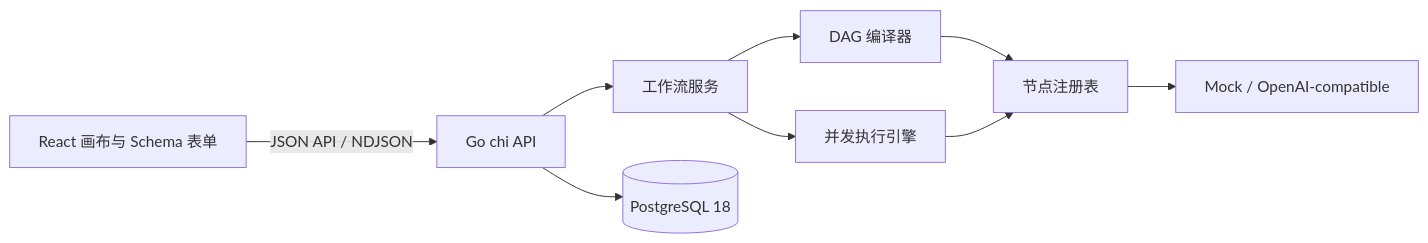
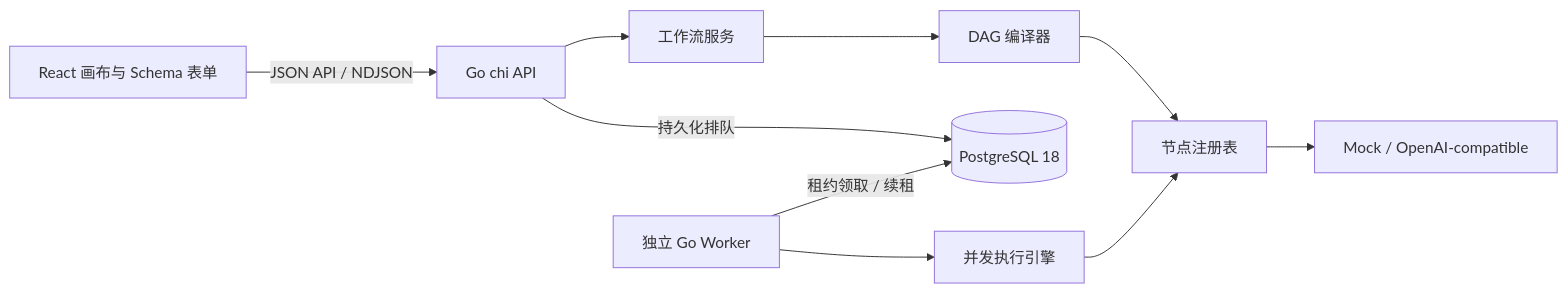
One commit to yyl1212/agent-studio changed the diagram in README.md. Above: the diagram before and after it, drawn with Mermaid. The commit also changed other lines of this file and 8 other files, not shown here.

````diff
--- a/README.md
+++ b/README.md
@@ -5,11 +5,12 @@
 ```mermaid
 flowchart LR
   B["React 画布与 Schema 表单"] -->|"JSON API / NDJSON"| A["Go chi API"]
   A --> S["工作流服务"]
   S --> C["DAG 编译器"]
-  S --> E["并发执行引擎"]
+  A -->|"持久化排队"| P[("PostgreSQL 18")]
+  W["独立 Go Worker"] -->|"租约领取 / 续租"| P
+  W --> E["并发执行引擎"]
   C --> R["节点注册表"]
   E --> R
-  A --> P[("PostgreSQL 18")]
   R --> M["Mock / OpenAI-compatible"]
 ```
````
